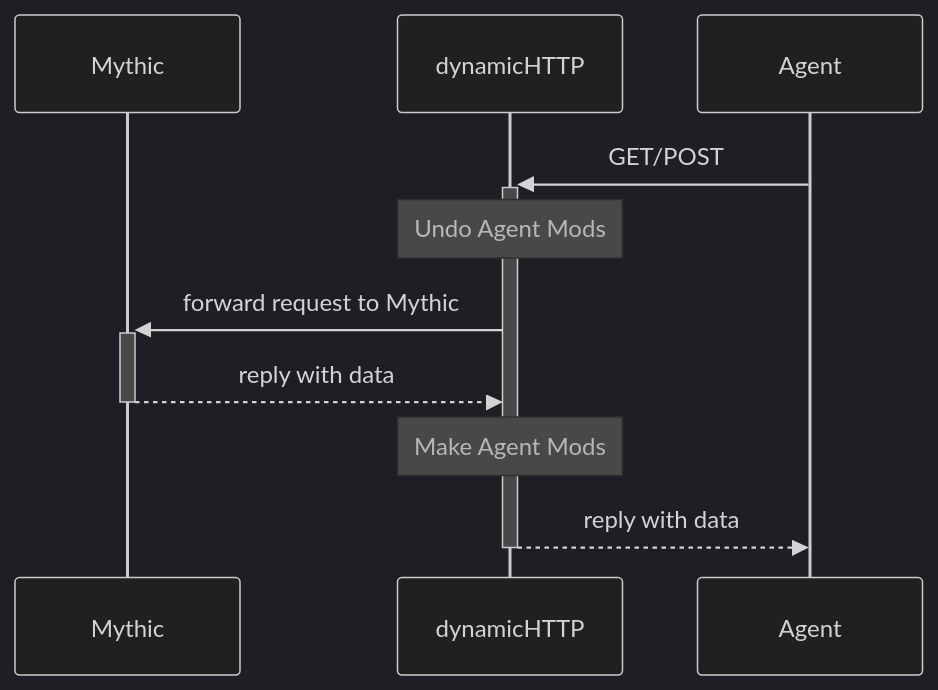
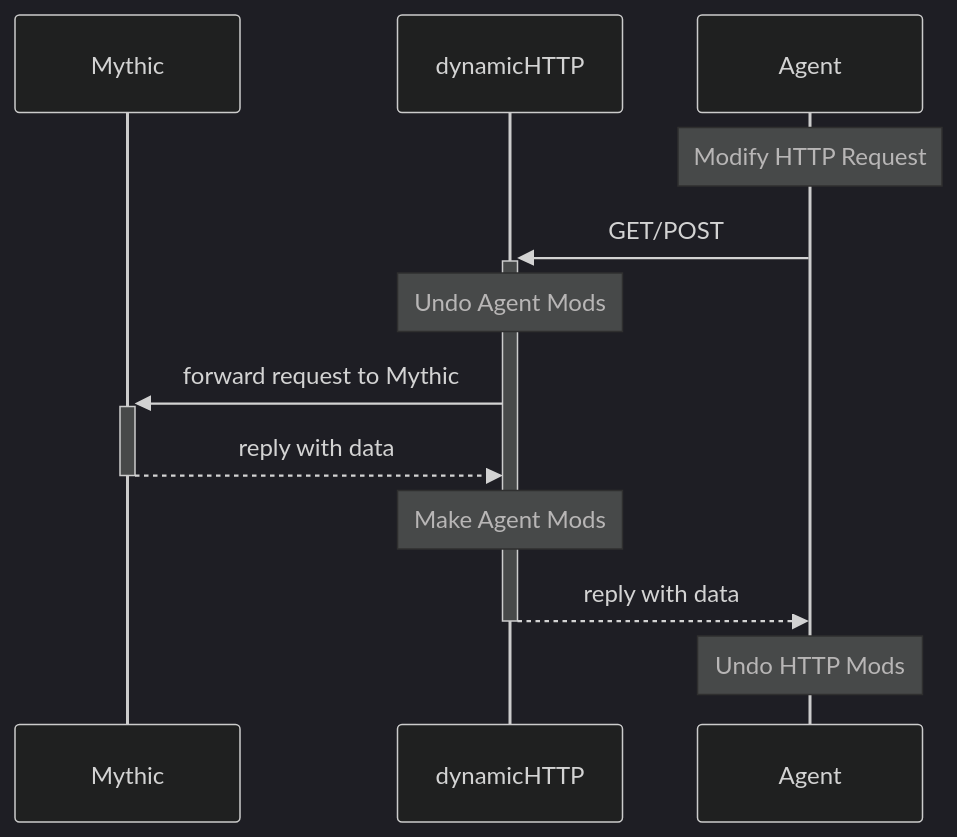
One commit to MythicC2Profiles/dynamichttp changed the diagram in documentation-c2/dynamicHTTP/_index.md. Above: the diagram before and after it, drawn with Mermaid (dark theme). The commit also changed other lines of this file and 8 other files, not shown here.

```diff
--- a/documentation-c2/dynamicHTTP/_index.md
+++ b/documentation-c2/dynamicHTTP/_index.md
@@ -16,12 +14,14 @@
 {{<mermaid>}}
 sequenceDiagram
-    participant M as Mythic
-    participant H as dynamicHTTP
-    participant A as Agent
-    A ->>+ H: GET/POST
-    Note over H: Undo Agent Mods
-    H ->>+ M: forward request to Mythic
-    M -->>- H: reply with data
-    Note over H: Make Agent Mods
-    H -->>- A: reply with data
+participant M as Mythic
+participant H as dynamicHTTP
+participant A as Agent
+Note over A: Modify HTTP Request
+A ->>+ H: GET/POST
+Note over H: Undo Agent Mods
+H ->>+ M: forward request to Mythic
+M -->>- H: reply with data
+Note over H: Make Agent Mods
+H -->>- A: reply with data
+Note over A: Undo HTTP Mods
 {{< /mermaid >}}
```
